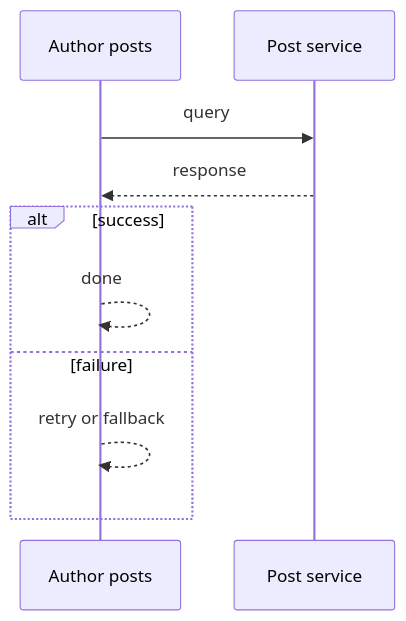
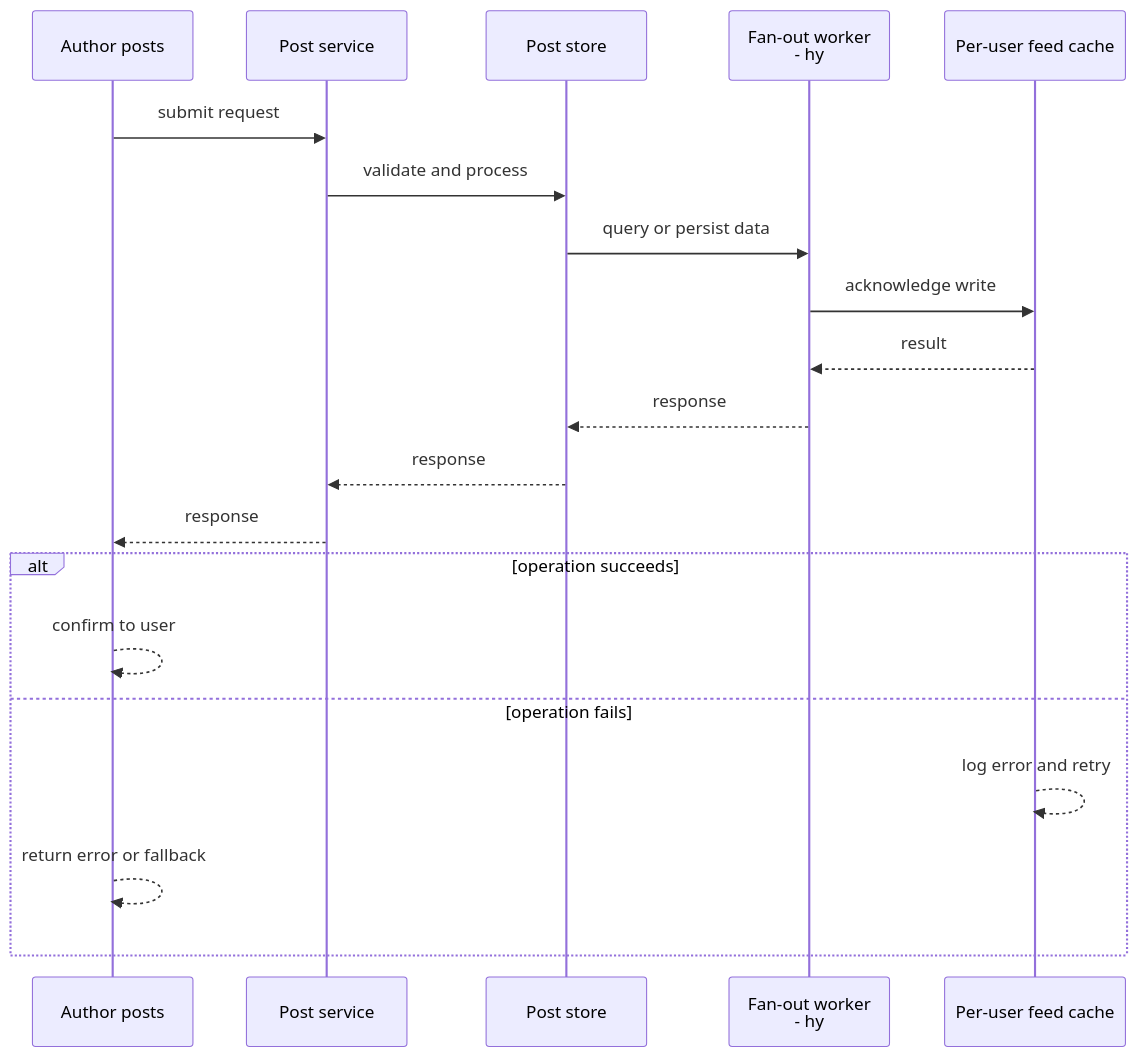
Before and after one commit to RIT-MESH/system-design-mastery: the diagram in diagrams/case-studies/social-media-feed/request-sequence.mmd, drawn with Mermaid. The commit also changed 127 other files, not shown here.

First line of the commit message:
Improve all case study diagrams: case-specific sequences, fix truncated labels

```diff
--- a/diagrams/case-studies/social-media-feed/request-sequence.mmd
+++ b/diagrams/case-studies/social-media-feed/request-sequence.mmd
@@ -1,11 +1,21 @@
 %% created-for: system-design-mastery
 sequenceDiagram
   participant P0 as Author posts
   participant P1 as Post service
-  P0 ->> P1: query
+  participant P2 as Post store
+  participant P3 as Fan-out worker<br > - hy
+  participant P4 as Per-user feed cache
+  P0 ->> P1: submit request
+  P1 ->> P2: validate and process
+  P2 ->> P3: query or persist data
+  P3 ->> P4: acknowledge write
+  P4 -->> P3: result
+  P3 -->> P2: response
+  P2 -->> P1: response
   P1 -->> P0: response
-  alt success
-    P0 -->> P0: done
-  else failure
-    P0 -->> P0: retry or fallback
+  alt operation succeeds
+    P0 -->> P0: confirm to user
+  else operation fails
+    P4 -->> P4: log error and retry
+    P0 -->> P0: return error or fallback
   end
```
